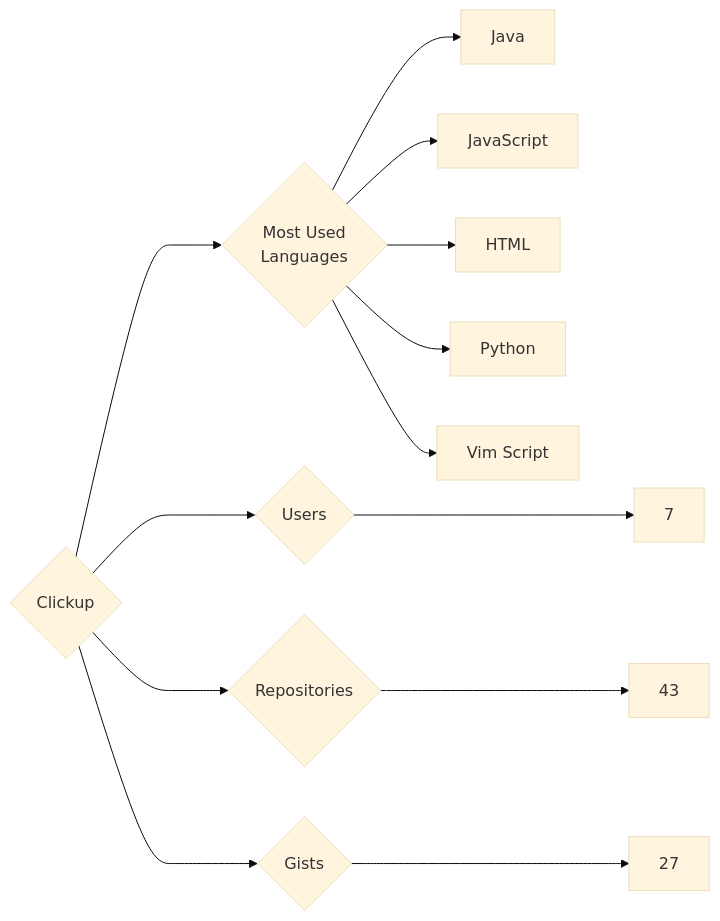
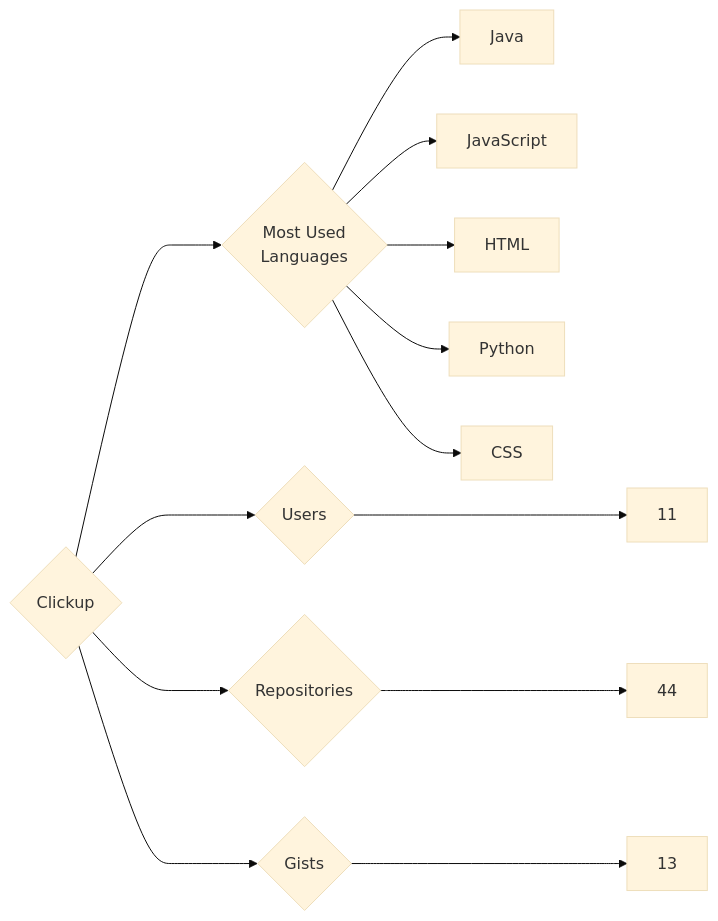
Before and after one commit to trickest/insiders: the diagram in targets/Clickup/README.md, drawn with Mermaid (base theme). The commit also changed 1088 other files, not shown here.

````diff
--- a/targets/Clickup/README.md
+++ b/targets/Clickup/README.md
@@ -3,13 +3,13 @@
 ```mermaid
 graph LR
 COMPANY_NAME{Clickup}
-COMPANY_NAME ---> U{Users} ---> UN[7]
-COMPANY_NAME ---> R{Repositories} ---> RN[43]
-COMPANY_NAME ---> G{Gists} ---> GN[27]
+COMPANY_NAME ---> U{Users} ---> UN[11]
+COMPANY_NAME ---> R{Repositories} ---> RN[44]
+COMPANY_NAME ---> G{Gists} ---> GN[13]
 COMPANY_NAME ---> ML{Most Used<br>Languages}
 ML --> Java[Java]
 ML --> JavaScript[JavaScript]
 ML --> HTML[HTML]
 ML --> Python[Python]
-ML --> Vim_Script[Vim Script]
+ML --> CSS[CSS]
 ```
````
